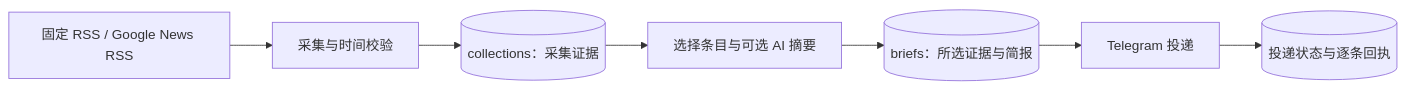
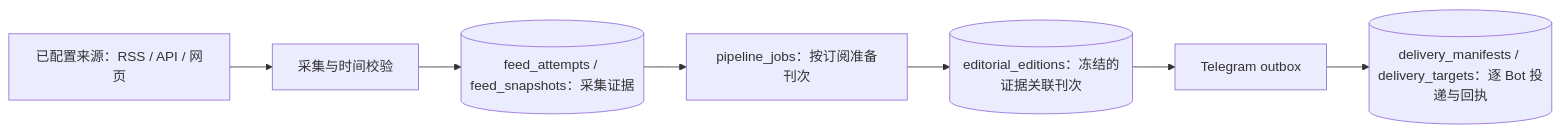
One commit to AlvinShenSSW/NewsPaw changed the diagram in docs/architecture.md. Above: the diagram before and after it, drawn with Mermaid. The commit also changed other lines of this file and 4 other files, not shown here.

````diff
--- a/docs/architecture.md
+++ b/docs/architecture.md
@@ -9,9 +9,9 @@
 ```mermaid
 flowchart LR
-    A[固定 RSS / Google News RSS] --> B[采集与时间校验]
-    B --> C[(collections：采集证据)]
-    C --> D[选择条目与可选 AI 摘要]
-    D --> E[(briefs：所选证据与简报)]
-    E --> F[Telegram 投递]
-    F --> G[(投递状态与逐条回执)]
+    A[已配置来源：RSS / API / 网页] --> B[采集与时间校验]
+    B --> C[(feed_attempts / feed_snapshots：采集证据)]
+    C --> D[pipeline_jobs：按订阅准备刊次]
+    D --> E[(editorial_editions：冻结的证据关联刊次)]
+    E --> F[Telegram outbox]
+    F --> G[(delivery_manifests / delivery_targets：逐 Bot 投递与回执)]
 ```
````
